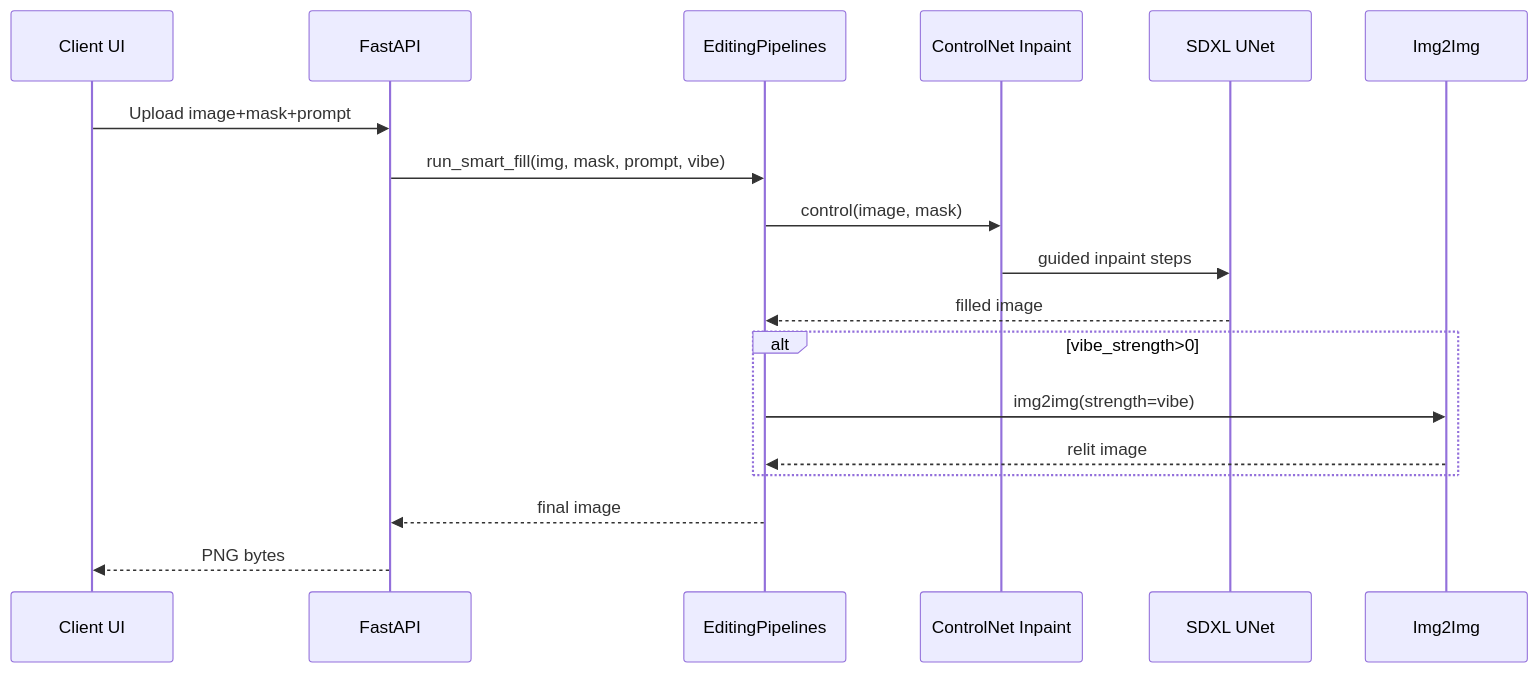
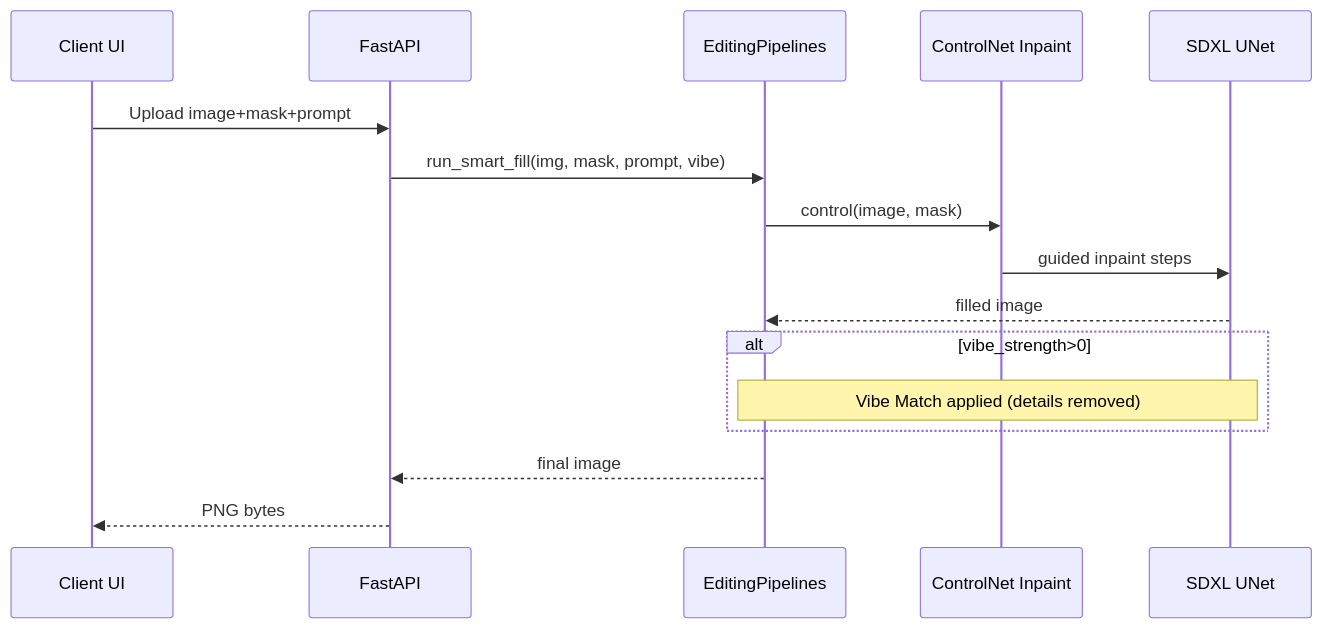
One commit to Abhyu-S/kortex-sdxl changed the tenth of 13 diagrams in Documentation.md. Above: the diagram before and after it, drawn with Mermaid. The commit also changed other lines of this file, not shown here.

````diff
--- a/Documentation.md
+++ b/Documentation.md
@@ -699,20 +636,18 @@
 ```mermaid
 sequenceDiagram
     participant UI as Client UI
     participant API as FastAPI
     participant Pipe as EditingPipelines
     participant CN as ControlNet Inpaint
     participant SD as SDXL UNet
-    participant VI as Img2Img
     UI->>API: Upload image+mask+prompt
     API->>Pipe: run_smart_fill(img, mask, prompt, vibe)
     Pipe->>CN: control(image, mask)
     CN->>SD: guided inpaint steps
     SD-->>Pipe: filled image
     alt vibe_strength>0
-        Pipe->>VI: img2img(strength=vibe)
-        VI-->>Pipe: relit image
+        Note over Pipe,SD: Vibe Match applied (details removed)
     end
     Pipe-->>API: final image
     API-->>UI: PNG bytes
 ```
````
